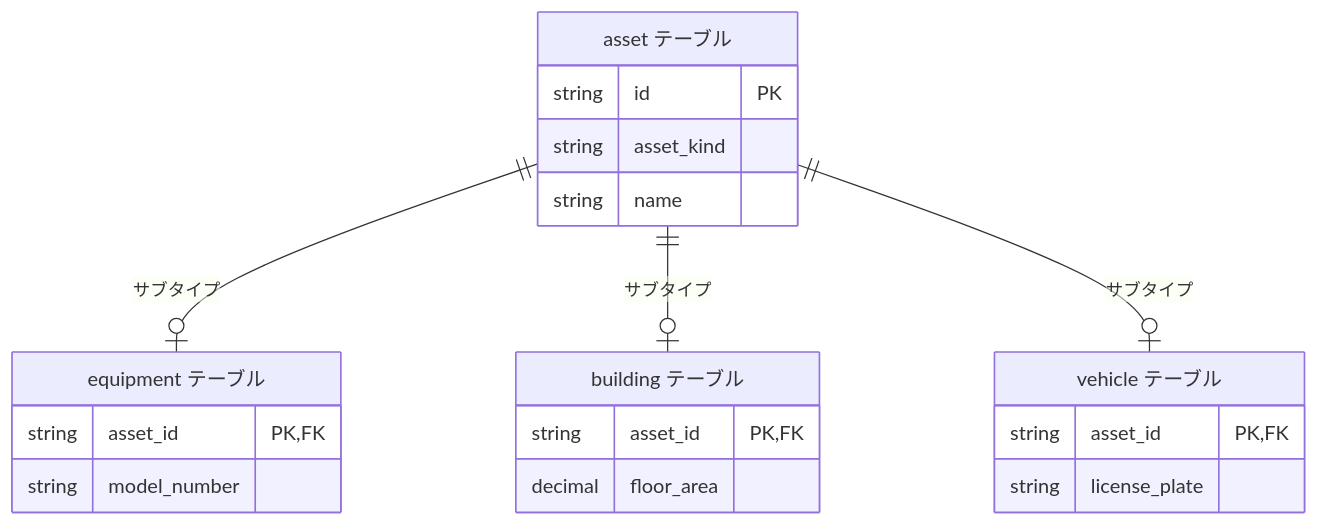
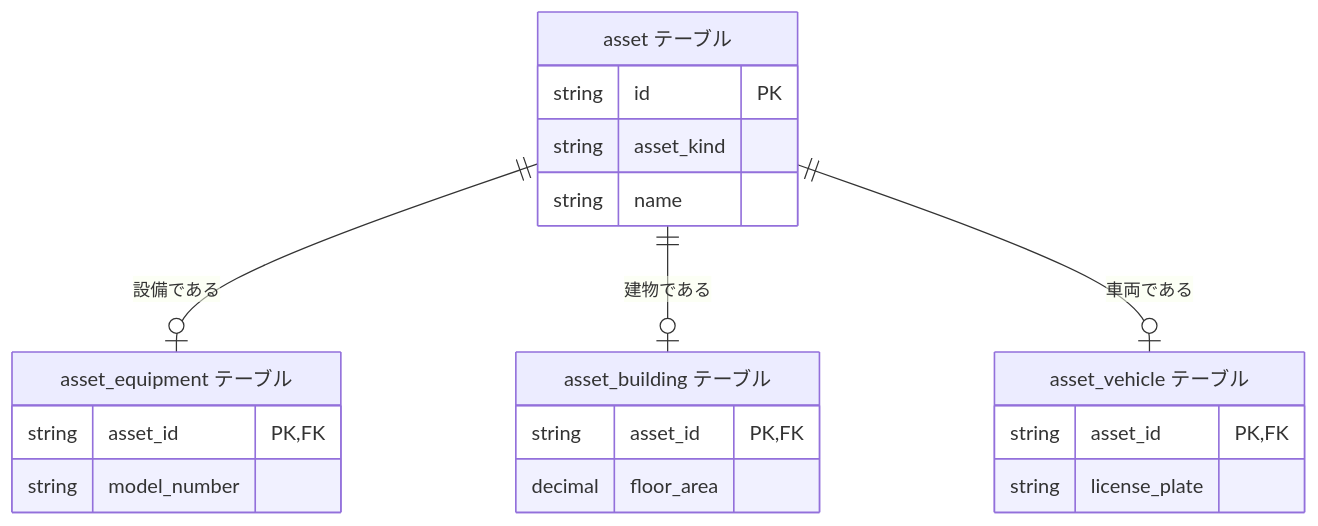
One commit to hiroki-it/tech-notebook changed the fourth of 29 diagrams in docs/software/software_middleware_database_rdb_er.md. Above: the diagram before and after it, drawn with Mermaid. The commit also changed other lines of this file, not shown here.

````diff
--- a/docs/software/software_middleware_database_rdb_er.md
+++ b/docs/software/software_middleware_database_rdb_er.md
@@ -85,27 +85,27 @@
 ```mermaid
 erDiagram
   asset["asset テーブル"] {
     string id PK
     string asset_kind
     string name
   }
 
-  equipment["equipment テーブル"] {
+  asset_equipment["asset_equipment テーブル"] {
     string asset_id PK,FK
     string model_number
   }
 
-  building["building テーブル"] {
+  asset_building["asset_building テーブル"] {
     string asset_id PK,FK
     decimal floor_area
   }
 
-  vehicle["vehicle テーブル"] {
+  asset_vehicle["asset_vehicle テーブル"] {
     string asset_id PK,FK
     string license_plate
   }
 
-  asset ||--o| equipment : "サブタイプ"
-  asset ||--o| building : "サブタイプ"
-  asset ||--o| vehicle : "サブタイプ"
+  asset ||--o| asset_equipment : "設備である"
+  asset ||--o| asset_building : "建物である"
+  asset ||--o| asset_vehicle : "車両である"
 ```
````
